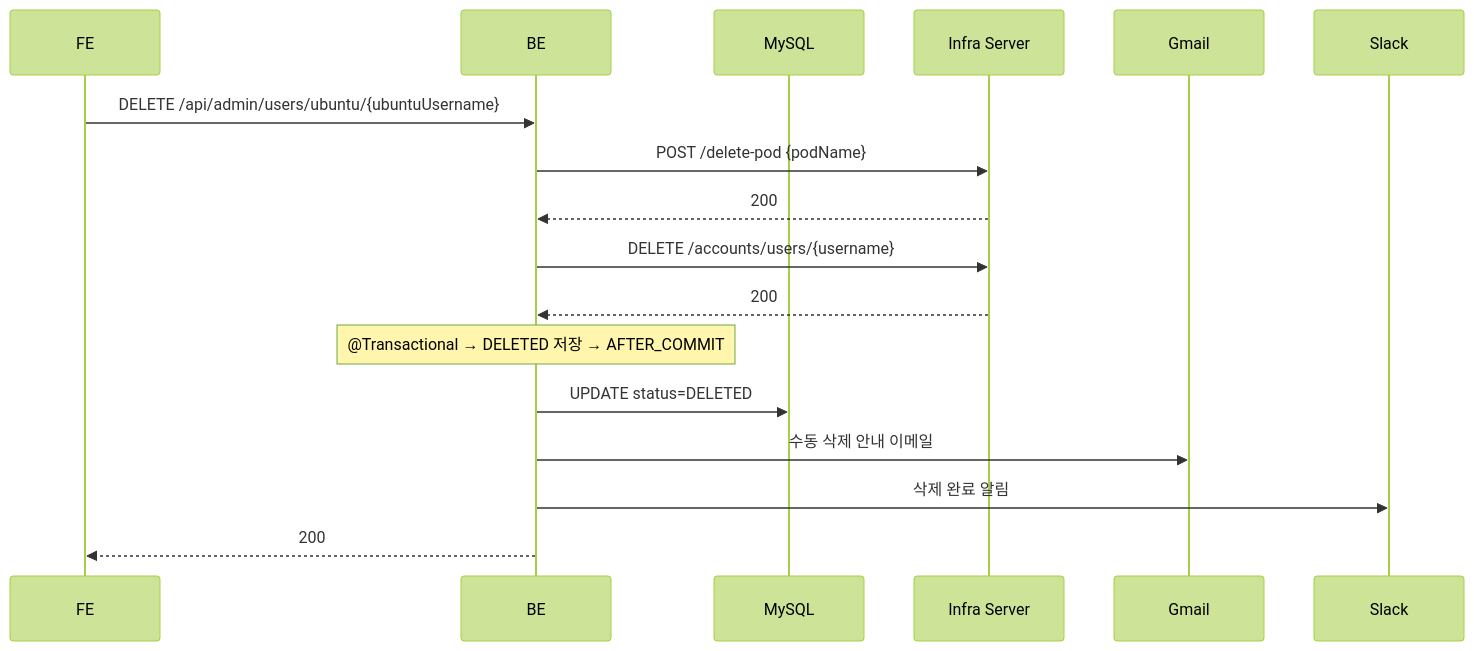
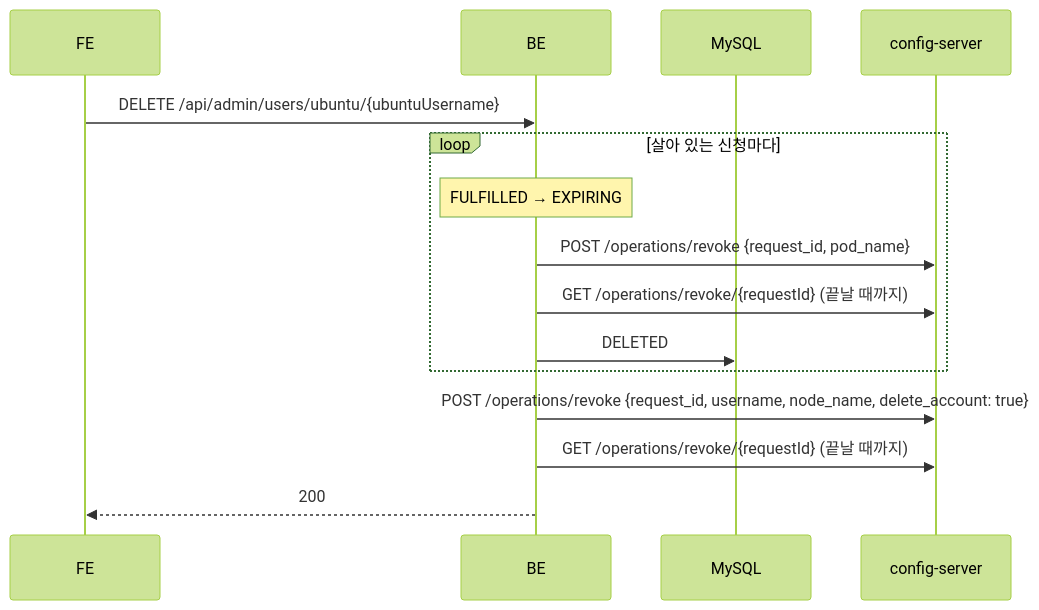
Before and after one commit to CSID-DGU/admin_wiki: the eighth of 15 diagrams in md/backend/시스템-아키텍처.md, drawn with Mermaid (forest theme). The commit also changed other lines of this file and 10 other files, not shown here.

````diff
--- a/md/backend/시스템-아키텍처.md
+++ b/md/backend/시스템-아키텍처.md
@@ -172,20 +180,18 @@
 ```mermaid
 sequenceDiagram
     participant FE as FE
     participant BE as BE
     participant MySQL as MySQL
-    participant Infra as Infra Server
-    participant Gmail as Gmail
-    participant Slack as Slack
+    participant Infra as config-server
 
     FE->>BE: DELETE /api/admin/users/ubuntu/{ubuntuUsername}
-    BE->>Infra: POST /delete-pod {podName}
-    Infra-->>BE: 200
-    BE->>Infra: DELETE /accounts/users/{username}
-    Infra-->>BE: 200
-    Note over BE: @Transactional → DELETED 저장 → AFTER_COMMIT
-    BE->>MySQL: UPDATE status=DELETED
-    BE->>Gmail: 수동 삭제 안내 이메일
-    BE->>Slack: 삭제 완료 알림
+    loop 살아 있는 신청마다
+        Note over BE: FULFILLED → EXPIRING
+        BE->>Infra: POST /operations/revoke {request_id, pod_name}
+        BE->>Infra: GET /operations/revoke/{requestId} (끝날 때까지)
+        BE->>MySQL: DELETED
+    end
+    BE->>Infra: POST /operations/revoke {request_id, username, node_name, delete_account: true}
+    BE->>Infra: GET /operations/revoke/{requestId} (끝날 때까지)
     BE-->>FE: 200
 ```
````
